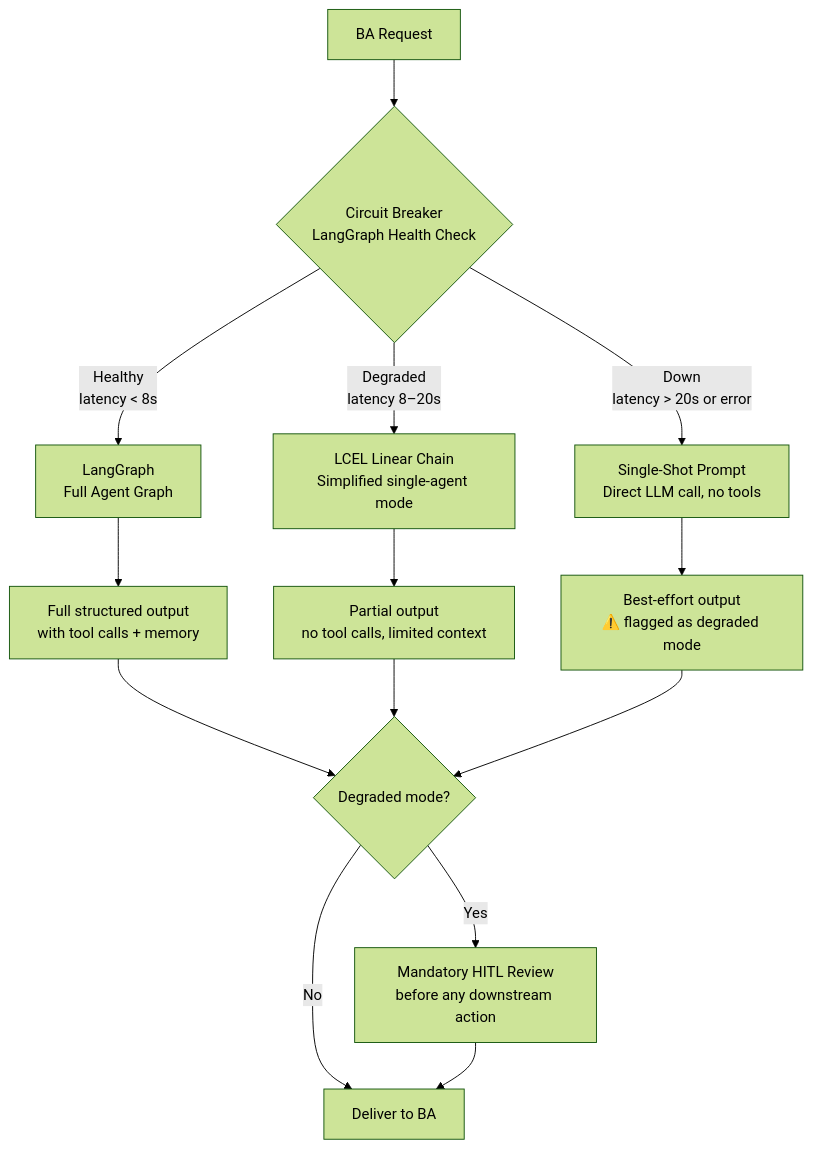
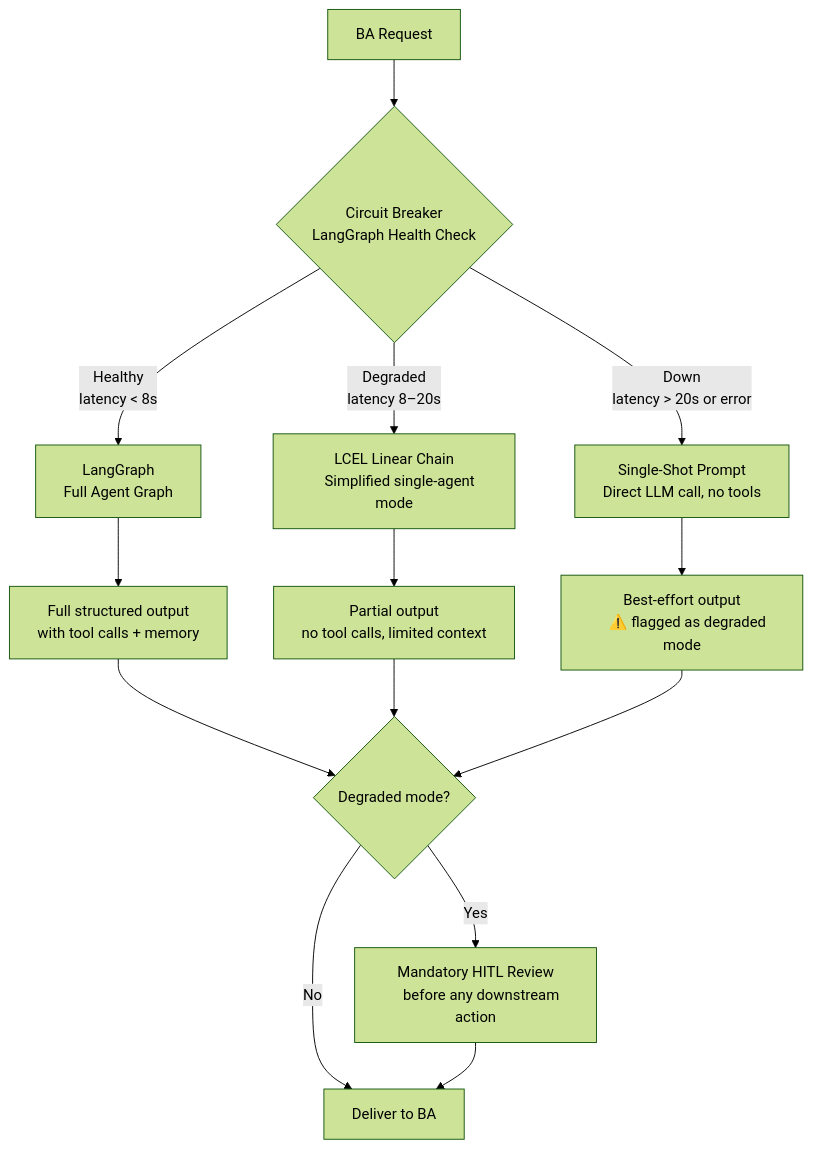
Diagram 11 of 12 in Task_A.md (hunsnowboarder/ApPello_GenAI_assignment), drawn with Mermaid (forest theme) before and after one commit. The commit also changed other lines of this file, not shown here.

````diff
--- a/Task_A.md
+++ b/Task_A.md
@@ -508,17 +546,28 @@
 ```mermaid
 flowchart TD
-    INPUT[BA Request] --> CB{Circuit Breaker\nLangGraph Health Check}
+    INPUT[BA Request] --> CB{Circuit Breaker
+    LangGraph Health Check}
 
-    CB -->|Healthy\nlatency < 8s| LG[LangGraph\nFull Agent Graph]
-    CB -->|Degraded\nlatency 8–20s| LCEL[LCEL Linear Chain\nSimplified single-agent mode]
-    CB -->|Down\nlatency > 20s or error| SSP[Single-Shot Prompt\nDirect LLM call, no tools]
+    CB -->|Healthy
+    latency < 8s| LG[LangGraph
+    Full Agent Graph]
+    CB -->|Degraded
+    latency 8–20s| LCEL[LCEL Linear Chain
+    Simplified single-agent mode]
+    CB -->|Down
+    latency > 20s or error| SSP[Single-Shot Prompt
+    Direct LLM call, no tools]
 
-    LG --> OUT[Full structured output\nwith tool calls + memory]
-    LCEL --> OUT2[Partial output\nno tool calls, limited context]
-    SSP --> OUT3[Best-effort output\n⚠️ flagged as degraded mode]
+    LG --> OUT[Full structured output
+    with tool calls + memory]
+    LCEL --> OUT2[Partial output
+    no tool calls, limited context]
+    SSP --> OUT3[Best-effort output
+    ⚠️ flagged as degraded mode]
 
     OUT & OUT2 & OUT3 --> HITL_CHECK{Degraded mode?}
-    HITL_CHECK -->|Yes| HITL[Mandatory HITL Review\nbefore any downstream action]
+    HITL_CHECK -->|Yes| HITL[Mandatory HITL Review
+    before any downstream action]
     HITL_CHECK -->|No| DELIVER[Deliver to BA]
     HITL --> DELIVER
 ```
````
